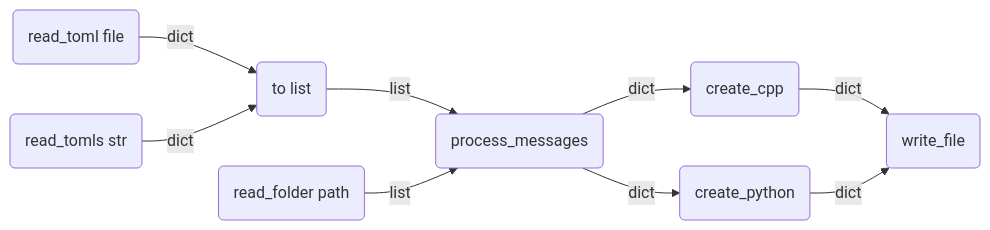
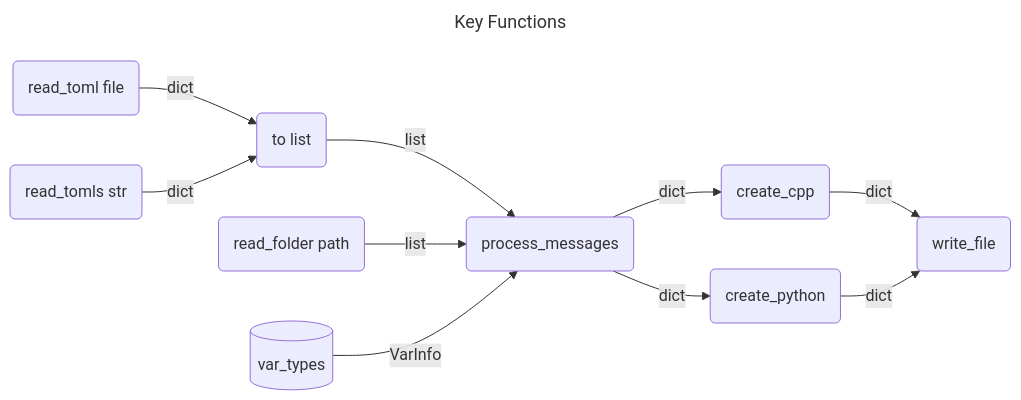
The diagram in readme.md (gecko-robotics/messages), drawn with Mermaid before and after one commit.

````diff
--- a/readme.md
+++ b/readme.md
@@ -10,11 +10,15 @@
 ```mermaid
+---
+title: Key Functions
+---
 flowchart LR
     A(read_toml file ) --> |dict| C(to list);
     B(read_tomls str ) --> |dict| C;
     C --> |list| E(process_messages)
     D(read_folder path) --> |list| E
     E --> |dict| F(create_cpp)
     E --> |dict| G(create_python)
     F --> |dict| H(write_file)
     G --> |dict| H
+    I[(var_types)] --> |VarInfo|E
 ```
````
